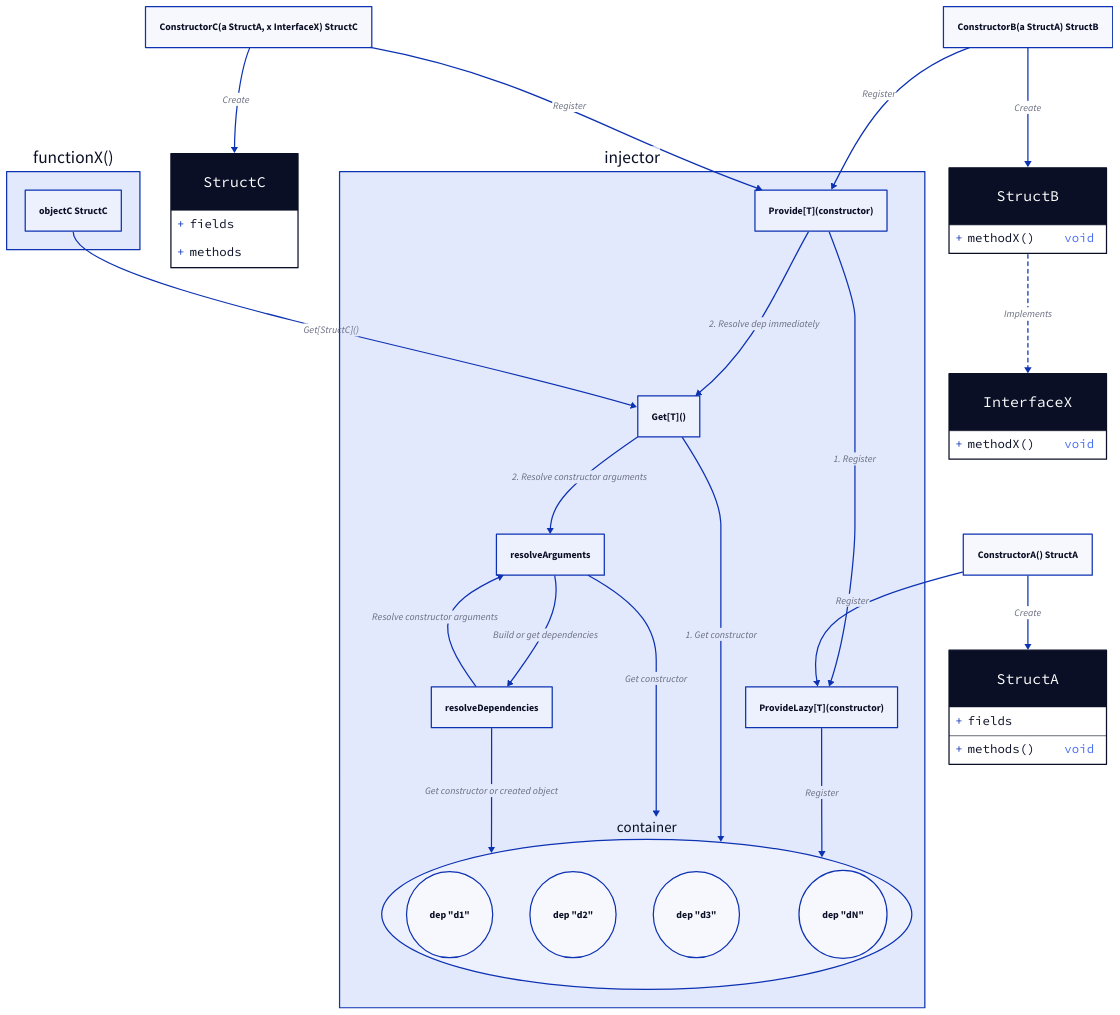
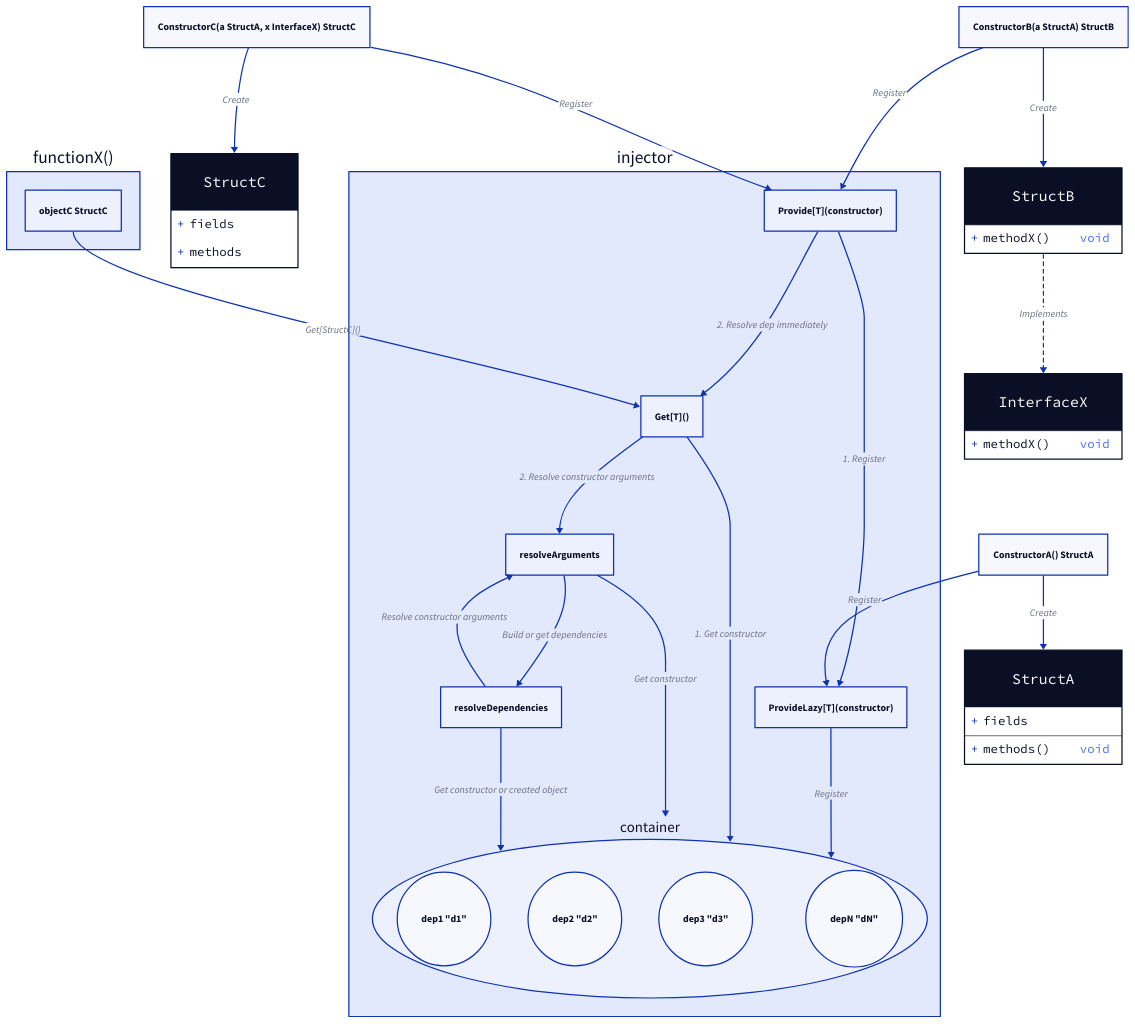
One commit to AmbroseNTK/godi changed the diagram in diagrams/diagram.d2. Above: the diagram before and after it, drawn with D2. The commit also changed 2 other files, not shown here.

```diff
--- a/diagrams/diagram.d2
+++ b/diagrams/diagram.d2
@@ -1,78 +1,78 @@
 injector: {
     lazyProvide: "ProvideLazy[T](constructor)"
     get: "Get[T]()"
     provide: "Provide[T](constructor)"
     container: {
-      dep "d1": {
+      dep1 "d1": {
         shape: "circle"
       }
-      dep "d2": {
+      dep2 "d2": {
         shape: "circle"
       }
-      dep "d3": {
+      dep3 "d3": {
         shape: "circle"
       }
-      dep "dN": {
+      depN "dN": {
         shape: "circle"
       }
       shape: "circle"
     }
     lazyProvide -> container: "Register"
     resolveArguments
     resolveDependencies
     get -> container: "1. Get constructor"
     get -> resolveArguments: "2. Resolve constructor arguments"
     resolveArguments -> resolveDependencies: "Build or get dependencies"
     resolveDependencies -> resolveArguments: "Resolve constructor arguments"
     resolveArguments -> container: "Get constructor"
     resolveDependencies -> container: "Get constructor or created object"
     provide -> lazyProvide: "1. Register"
     provide -> get: "2. Resolve dep immediately"
   }
   
   StructA: {
     shape: class
     fields
     methods()
   }
   
   ConstructorA: "ConstructorA() StructA"
   
   ConstructorA -> StructA: "Create"
   
   InterfaceX: {
     shape: class
     methodX()
   }
   
   StructB: {
     shape: class
     methodX()
   }
   
   ConstructorB: "ConstructorB(a StructA) StructB"
   
   ConstructorB -> StructB: "Create"
   
   StructB -> InterfaceX: "Implements" {
     style.stroke-dash: "3"
   }
   
   StructC: {
     shape: class
     fields
     methods
   }
   
   ConstructorC: "ConstructorC(a StructA, x InterfaceX) StructC"
   ConstructorC -> StructC: "Create"
   
   ConstructorA -> injector.lazyProvide: "Register"
   ConstructorB -> injector.provide: "Register"
   ConstructorC -> injector.provide: "Register"
   
   functionX: "functionX()" {
     objectC: "objectC StructC"
   }
   
   functionX.objectC -> injector.get: "Get[StructC]()"
```
